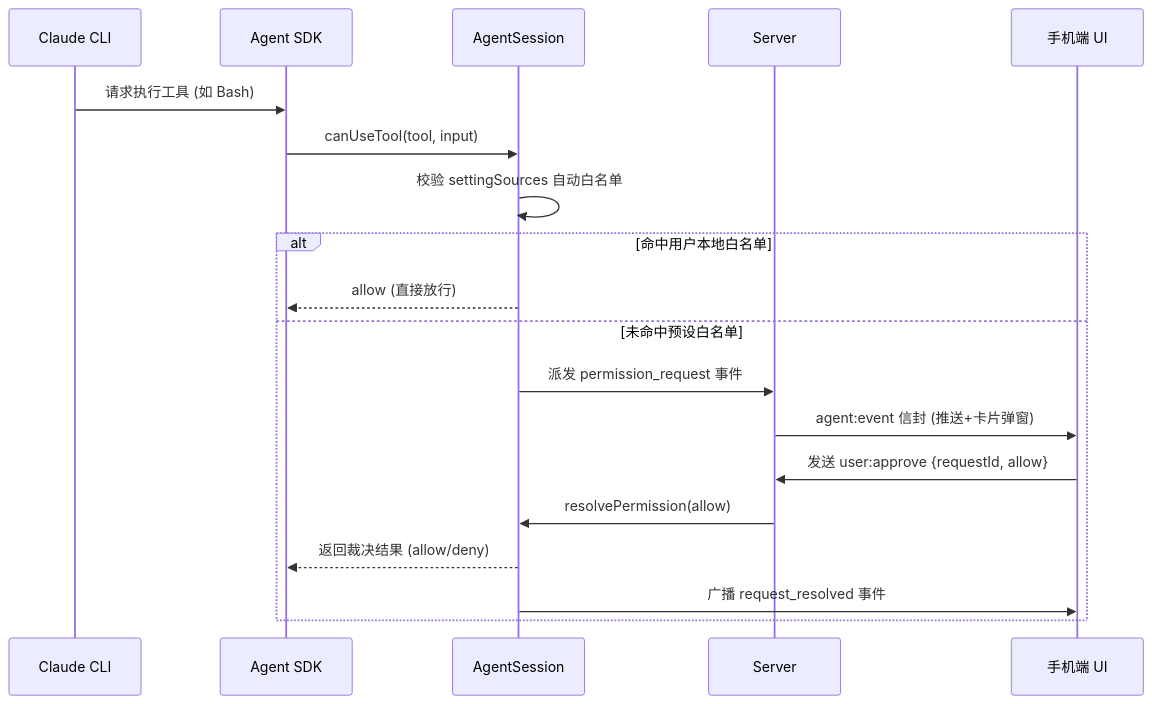
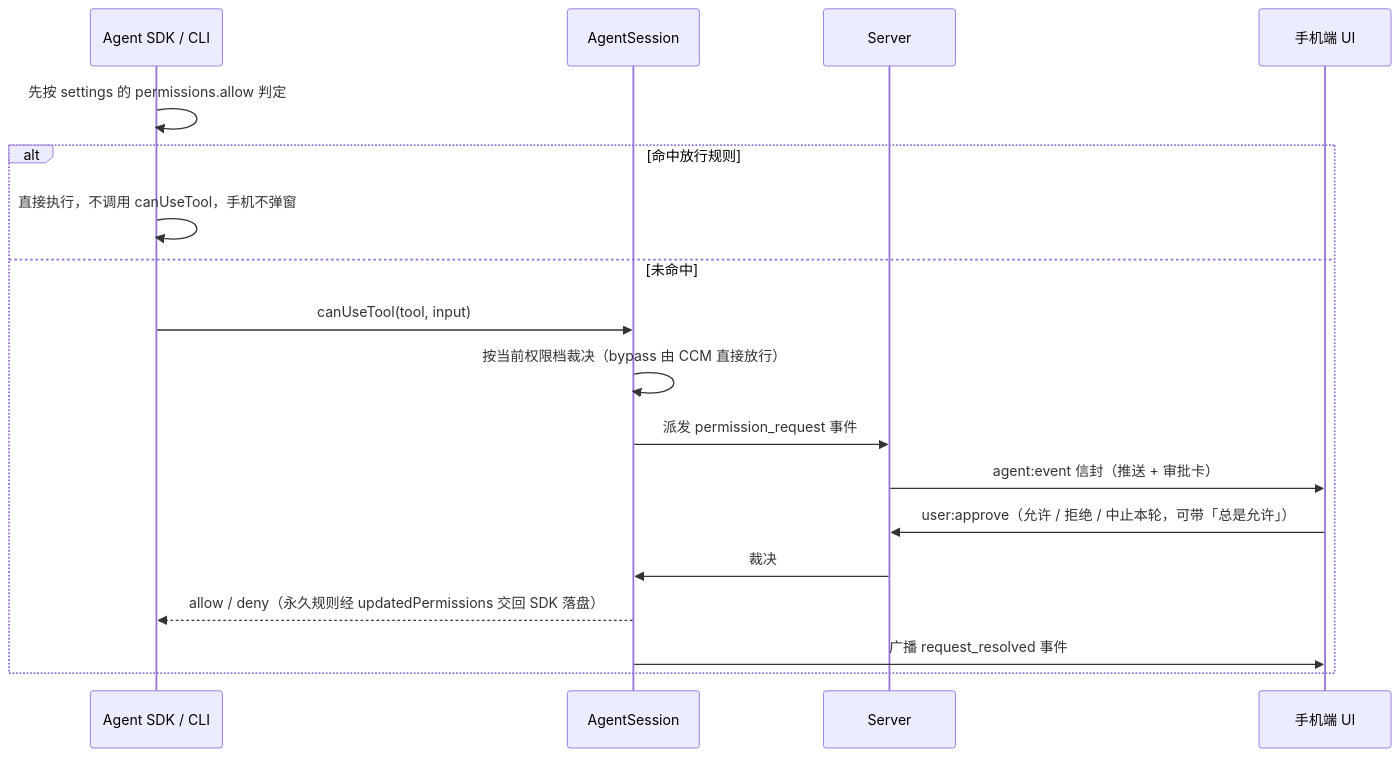
One commit to Ike-li/claude-chat-mobile changed the diagram in docs-site/pages/agent-session.md. Above: the diagram before and after it, drawn with Mermaid. The commit also changed other lines of this file and 88 other files, not shown here.

````diff
--- a/docs-site/pages/agent-session.md
+++ b/docs-site/pages/agent-session.md
@@ -47,22 +47,21 @@
 ```mermaid
 sequenceDiagram
-  participant CLI as Claude CLI
-  participant SDK as Agent SDK
+  participant SDK as Agent SDK / CLI
   participant AS as AgentSession
   participant S as Server
   participant UI as 手机端 UI
 
-  CLI->>SDK: 请求执行工具 (如 Bash)
-  SDK->>AS: canUseTool(tool, input)
-  AS->>AS: 校验 settingSources 自动白名单
-  alt 命中用户本地白名单
-    AS-->>SDK: allow (直接放行)
-  else 未命中预设白名单
+  SDK->>SDK: 先按 settings 的 permissions.allow 判定
+  alt 命中放行规则
+    SDK->>SDK: 直接执行，不调用 canUseTool，手机不弹窗
+  else 未命中
+    SDK->>AS: canUseTool(tool, input)
+    AS->>AS: 按当前权限档裁决（bypass 由 CCM 直接放行）
     AS->>S: 派发 permission_request 事件
-    S->>UI: agent:event 信封 (推送+卡片弹窗)
-    UI->>S: 发送 user:approve {requestId, allow}
-    S->>AS: resolvePermission(allow)
-    AS-->>SDK: 返回裁决结果 (allow/deny)
+    S->>UI: agent:event 信封（推送 + 审批卡）
+    UI->>S: user:approve（允许 / 拒绝 / 中止本轮，可带「总是允许」）
+    S->>AS: 裁决
+    AS-->>SDK: allow / deny（永久规则经 updatedPermissions 交回 SDK 落盘）
     AS->>UI: 广播 request_resolved 事件
   end
 ```
````
